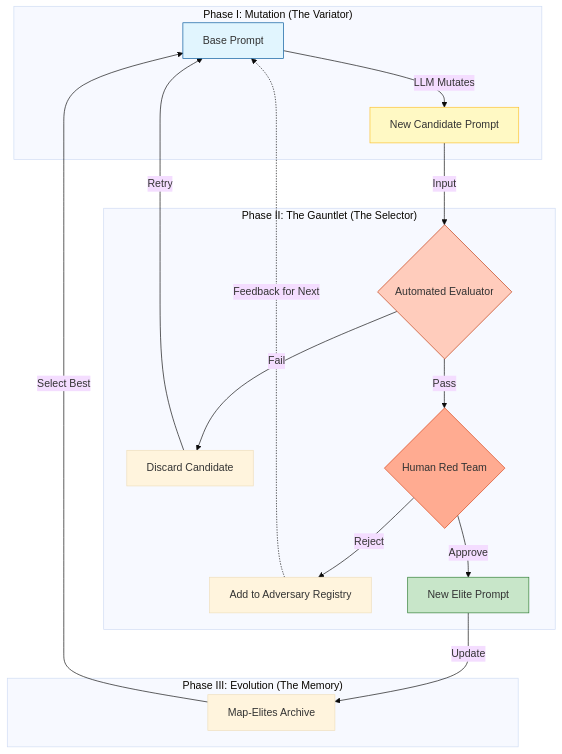
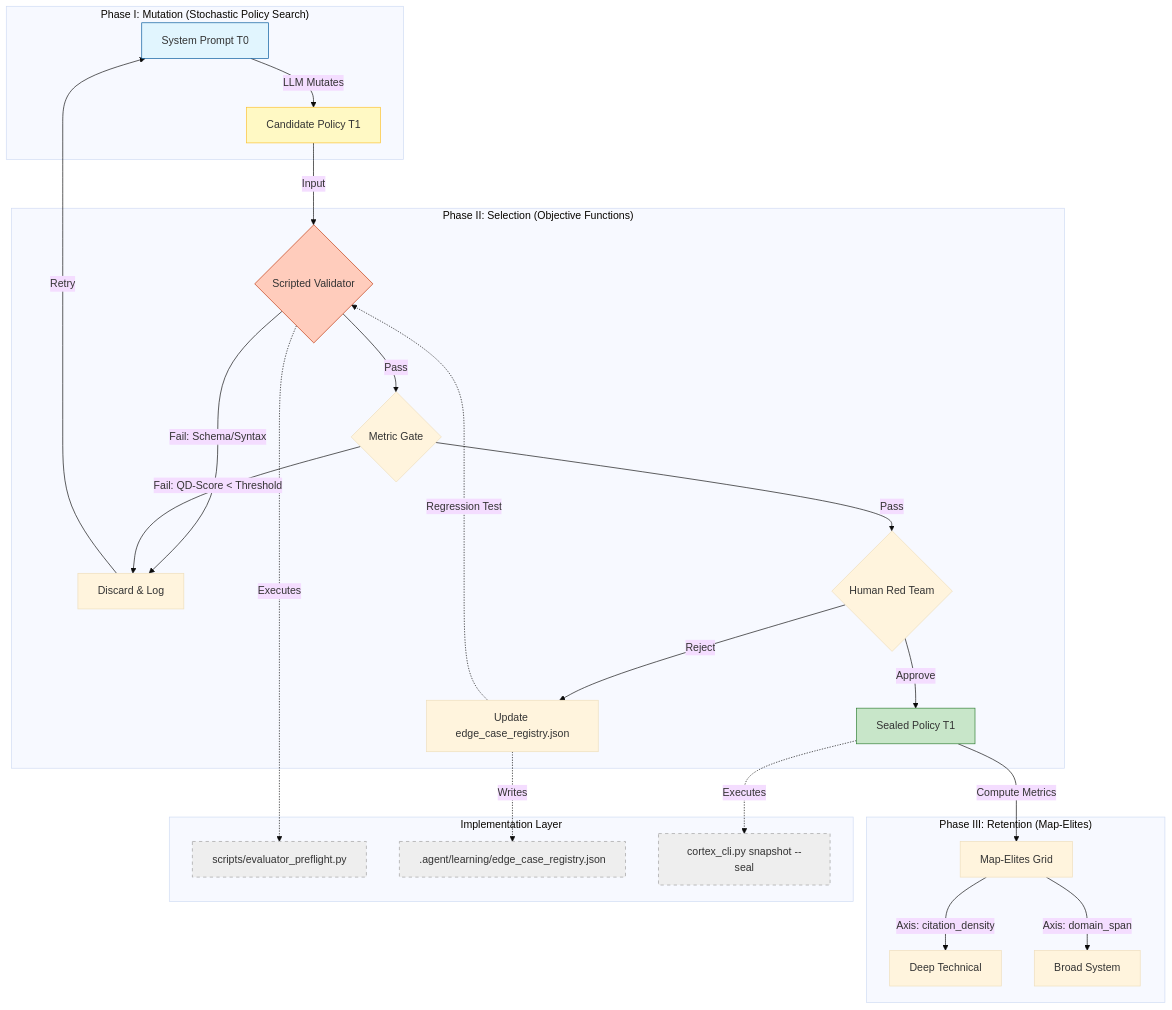
Before and after one commit to richfrem/Project_Sanctuary: the diagram in docs/architecture_diagrams/workflows/drq_evolution_loop.mmd, drawn with Mermaid (base theme).

Commit message:
docs(drq): concrete architecture diagram revision

```diff
--- a/docs/architecture_diagrams/workflows/drq_evolution_loop.mmd
+++ b/docs/architecture_diagrams/workflows/drq_evolution_loop.mmd
@@ -1,27 +1,40 @@
 graph TD
-    subgraph "Phase I: Mutation (The Variator)"
-        Base[Base Prompt] -->|LLM Mutates| Candidate[New Candidate Prompt]
+    subgraph "Phase I: Mutation (Stochastic Policy Search)"
+        Base[System Prompt T0] -->|LLM Mutates| Candidate[Candidate Policy T1]
         style Base fill:#e1f5fe,stroke:#01579b
         style Candidate fill:#fff9c4,stroke:#fbc02d
     end
 
-    subgraph "Phase II: The Gauntlet (The Selector)"
-        Candidate -->|Input| Validator{Automated Evaluator}
-        Validator -->|Fail| Discard[Discard Candidate]
-        Validator -->|Pass| RedTeam{Human Red Team}
+    subgraph "Phase II: Selection (Objective Functions)"
+        Candidate -->|Input| Validator{Scripted Validator}
         
-        RedTeam -->|Reject| AdversaryStore[Add to Adversary Registry]
-        AdversaryStore -.->|Feedback for Next| Base
+        Validator -->|Fail: Schema/Syntax| Discard[Discard & Log]
+        Validator -->|Pass| MetricCheck{Metric Gate}
         
-        RedTeam -->|Approve| Elite[New Elite Prompt]
+        MetricCheck -->|Fail: QD-Score < Threshold| Discard
+        MetricCheck -->|Pass| RedTeam{Human Red Team}
+        
+        RedTeam -->|Reject| AdversaryStore[Update edge_case_registry.json]
+        AdversaryStore -.->|Regression Test| Validator
+        
+        RedTeam -->|Approve| Elite[Sealed Policy T1]
         style Elite fill:#c8e6c9,stroke:#2e7d32
     end
 
-    subgraph "Phase III: Evolution (The Memory)"
-        Elite -->|Update| Archive[Map-Elites Archive]
-        Archive -->|Select Best| Base
+    subgraph "Phase III: Retention (Map-Elites)"
+        Elite -->|Compute Metrics| Archive[Map-Elites Grid]
+        Archive -->|Axis: citation_density| Cell1[Deep Technical]
+        Archive -->|Axis: domain_span| Cell2[Broad System]
+    end
+
+    subgraph "Implementation Layer"
+        Validator -.->|Executes| Script1[scripts/evaluator_preflight.py]
+        AdversaryStore -.->|Writes| File1[.agent/learning/edge_case_registry.json]
+        Elite -.->|Executes| CLI1[cortex_cli.py snapshot --seal]
     end
 
     Discard -->|Retry| Base
     style Validator fill:#ffccbc,stroke:#bf360c
-    style RedTeam fill:#ffab91,stroke:#d84315
+    style Script1 fill:#eeeeee,stroke:#9e9e9e,stroke-dasharray: 5 5
+    style File1 fill:#eeeeee,stroke:#9e9e9e,stroke-dasharray: 5 5
+    style CLI1 fill:#eeeeee,stroke:#9e9e9e,stroke-dasharray: 5 5
```
